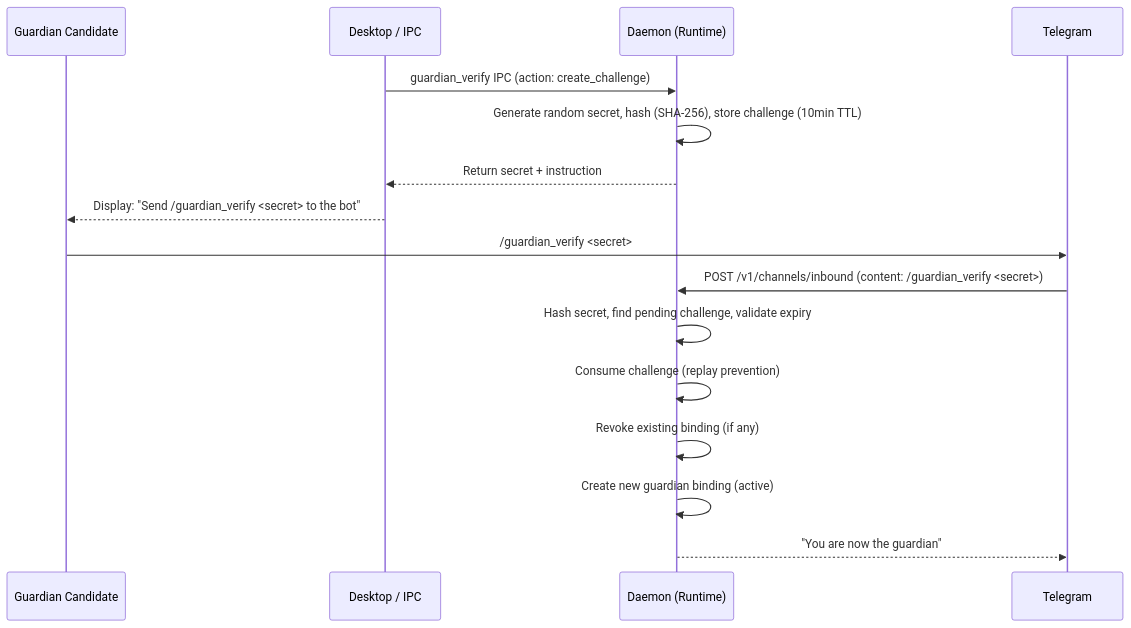
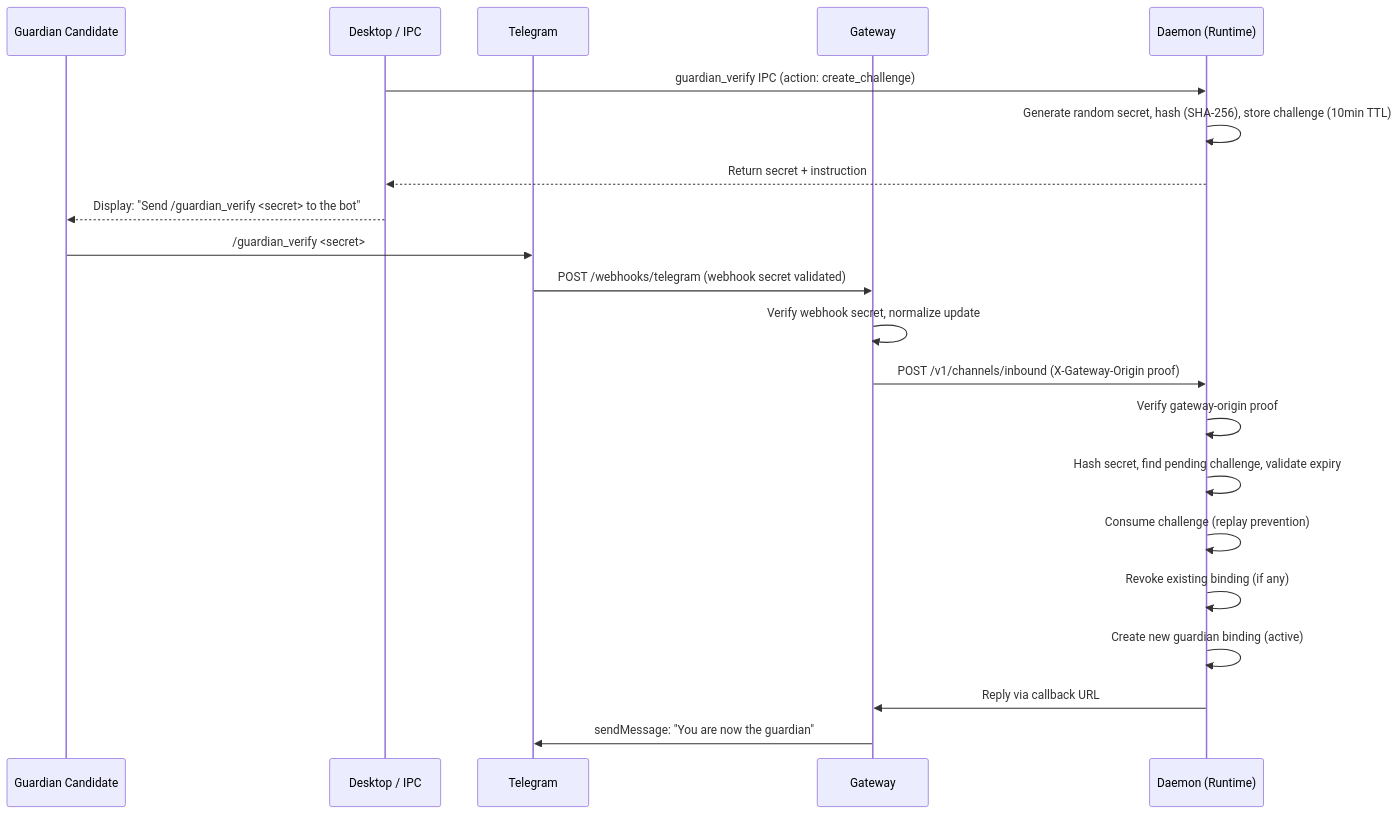
Before and after one commit to vellum-ai/vellum-assistant: diagram 47 of 51 in ARCHITECTURE.md, drawn with Mermaid. The commit also changed other lines of this file and 6 other files, not shown here.

````diff
--- a/ARCHITECTURE.md
+++ b/ARCHITECTURE.md
@@ -3624,19 +3624,24 @@
 ```mermaid
 sequenceDiagram
     participant User as Guardian Candidate
     participant Desktop as Desktop / IPC
+    participant TG as Telegram
+    participant GW as Gateway
     participant Daemon as Daemon (Runtime)
-    participant TG as Telegram
 
     Desktop->>Daemon: guardian_verify IPC (action: create_challenge)
     Daemon->>Daemon: Generate random secret, hash (SHA-256), store challenge (10min TTL)
     Daemon-->>Desktop: Return secret + instruction
     Desktop-->>User: Display: "Send /guardian_verify <secret> to the bot"
     User->>TG: /guardian_verify <secret>
-    TG->>Daemon: POST /v1/channels/inbound (content: /guardian_verify <secret>)
+    TG->>GW: POST /webhooks/telegram (webhook secret validated)
+    GW->>GW: Verify webhook secret, normalize update
+    GW->>Daemon: POST /v1/channels/inbound (X-Gateway-Origin proof)
+    Daemon->>Daemon: Verify gateway-origin proof
     Daemon->>Daemon: Hash secret, find pending challenge, validate expiry
     Daemon->>Daemon: Consume challenge (replay prevention)
     Daemon->>Daemon: Revoke existing binding (if any)
     Daemon->>Daemon: Create new guardian binding (active)
-    Daemon-->>TG: "You are now the guardian"
+    Daemon->>GW: Reply via callback URL
+    GW->>TG: sendMessage: "You are now the guardian"
 ```
````
